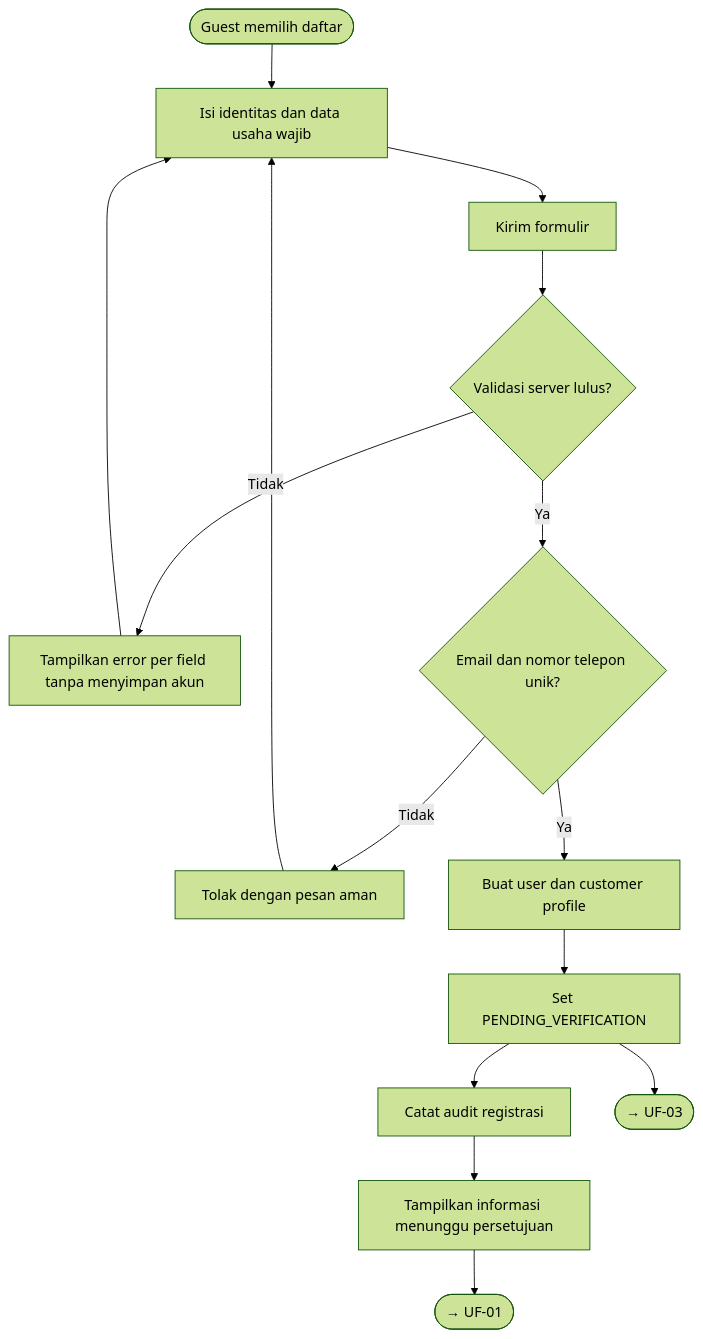
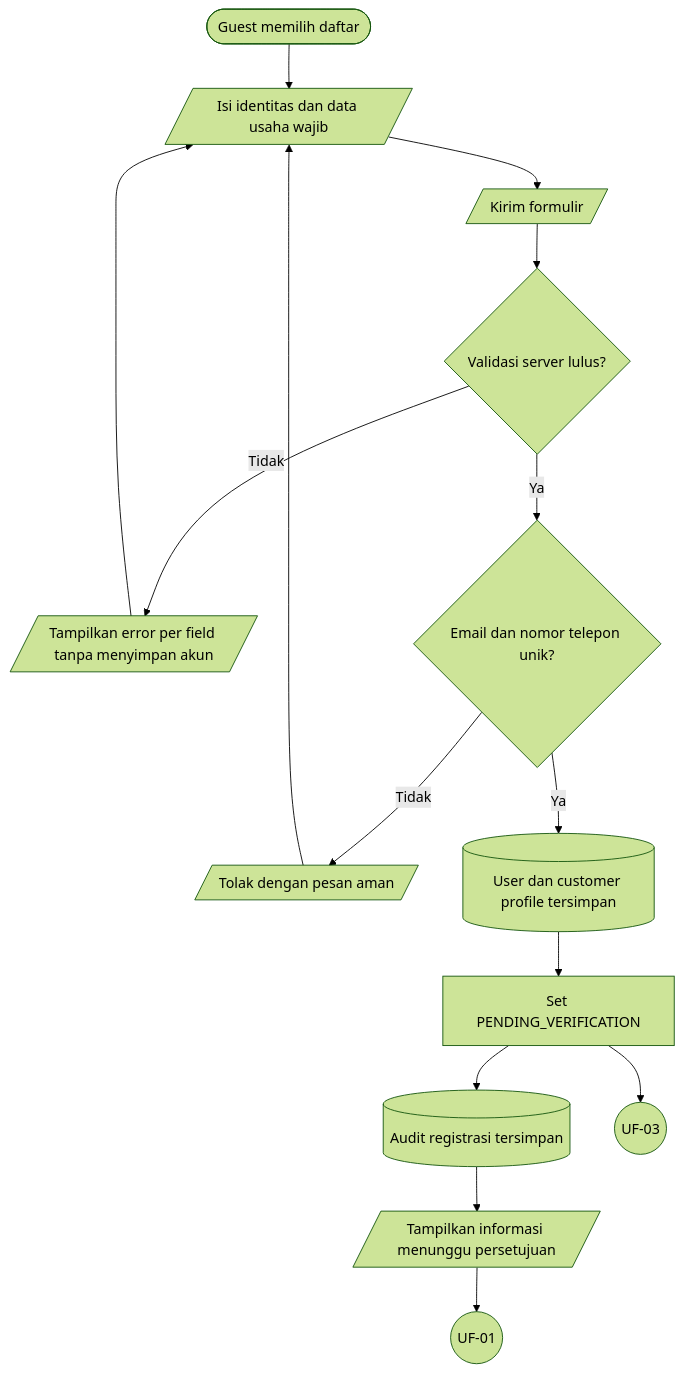
The second of 18 diagrams in docs/design/USER_FLOWS.md (Webekspres/pixel-komunika), drawn with Mermaid (forest theme) before and after one commit. The commit also changed other lines of this file, not shown here.

Commit message:
docs: standardize user flow notation

````diff
--- a/docs/design/USER_FLOWS.md
+++ b/docs/design/USER_FLOWS.md
@@ -79,20 +103,20 @@
 ```mermaid
 flowchart TD
-    A([Guest memilih daftar]) --> B["Isi identitas dan data usaha wajib"]
-    B --> C["Kirim formulir"]
+    A(["Guest memilih daftar"]) --> B[/"Isi identitas dan data usaha wajib"/]
+    B --> C[/"Kirim formulir"/]
     C --> D{"Validasi server lulus?"}
-    D -->|Tidak| E["Tampilkan error per field tanpa menyimpan akun"]
+    D -->|Tidak| E[/"Tampilkan error per field tanpa menyimpan akun"/]
     E --> B
     D -->|Ya| F{"Email dan nomor telepon unik?"}
-    F -->|Tidak| G["Tolak dengan pesan aman"]
+    F -->|Tidak| G[/"Tolak dengan pesan aman"/]
     G --> B
-    F -->|Ya| H["Buat user dan customer profile"]
+    F -->|Ya| H[("User dan customer profile tersimpan")]
     H --> I["Set PENDING_VERIFICATION"]
-    I --> J["Catat audit registrasi"]
-    J --> K["Tampilkan informasi menunggu persetujuan"]
-    K --> C_UF01(["→ UF-01"])
-    I --> C_UF03(["→ UF-03"])
+    I --> J[("Audit registrasi tersimpan")]
+    J --> K[/"Tampilkan informasi menunggu persetujuan"/]
+    K --> C_UF01((UF-01))
+    I --> C_UF03((UF-03))
 
     click C_UF01 "#uf-01-akses-katalog-publik"
     click C_UF03 "#uf-03-review-dan-status-pelanggan"
 ```
````
